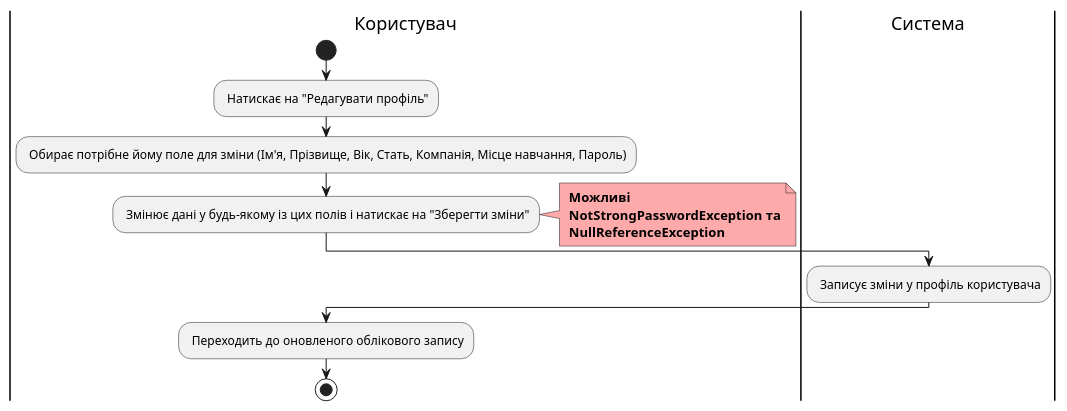
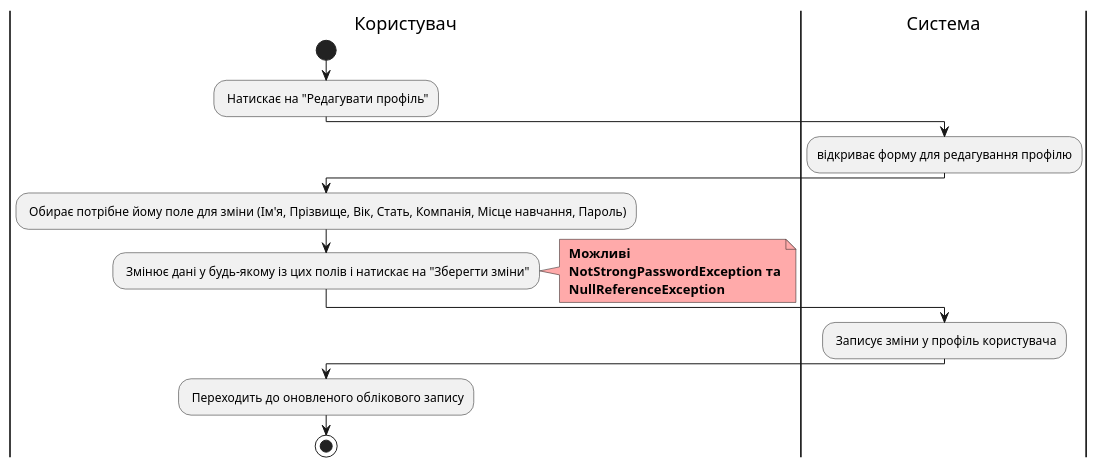
Before and after one commit to witchkaa/databases-course-work: the eighth of 10 diagrams in docs/use cases/README.md, drawn with PlantUML. The commit also changed other lines of this file, not shown here.

```diff
--- a/docs/use cases/README.md
+++ b/docs/use cases/README.md
@@ -303,21 +327,26 @@
 @startuml
 
     |Користувач|
     start;
     : Натискає на "Редагувати профіль";
+
+    |Система|
+        :відкриває форму для редагування профілю;
+
+    |Користувач|
     : Обирає потрібне йому поле для зміни (Ім'я, Прізвище, Вік, Стать, Компанія, Місце навчання, Пароль);
     : Змінює дані у будь-якому із цих полів і натискає на "Зберегти зміни";
     note right #ffaaaa
     <b> Можливі
     <b> NotStrongPasswordException та
     <b> NullReferenceException
     end note
     
     |Система|
     : Записує зміни у профіль користувача;
     
     |Користувач|
     : Переходить до оновленого облікового запису;
     stop;
 
 @enduml
```
